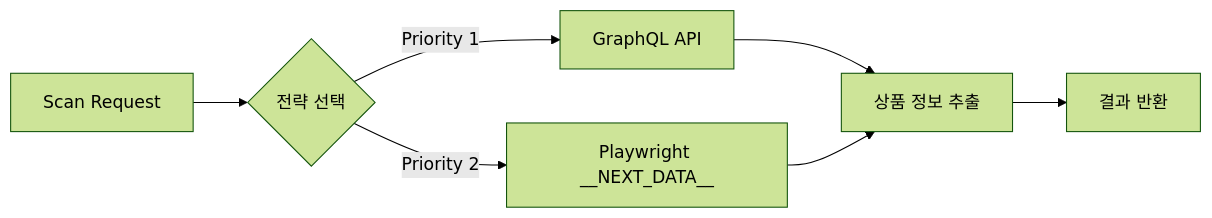
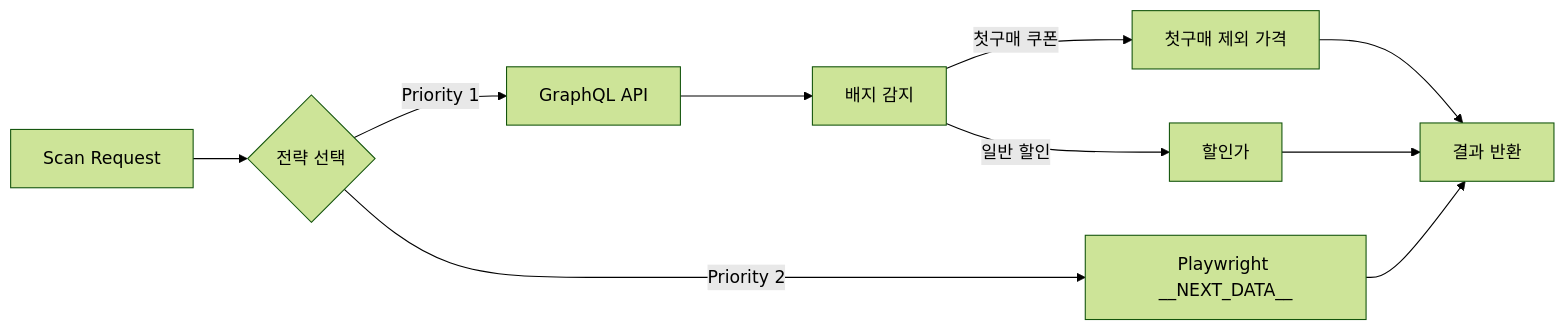
One commit to grandeclip/pouchit-scraper changed the fourth of 6 diagrams in product_scanner/README.md. Above: the diagram before and after it, drawn with Mermaid (forest theme). The commit also changed other lines of this file, not shown here.

First line of the commit message:
docs(scanner): Zigzag 첫구매 쿠폰 처리 설명 추가

````diff
--- a/product_scanner/README.md
+++ b/product_scanner/README.md
@@ -72,9 +72,12 @@
 ```mermaid
 graph LR
     A[Scan Request] --> B{전략 선택}
     B -->|Priority 1| C[GraphQL API]
     B -->|Priority 2| D[Playwright __NEXT_DATA__]
-    C --> E[상품 정보 추출]
-    D --> E
-    E --> F[결과 반환]
+    C --> E[배지 감지]
+    E -->|첫구매 쿠폰| F[첫구매 제외 가격]
+    E -->|일반 할인| G[할인가]
+    F --> H[결과 반환]
+    G --> H
+    D --> H
 ```
````
